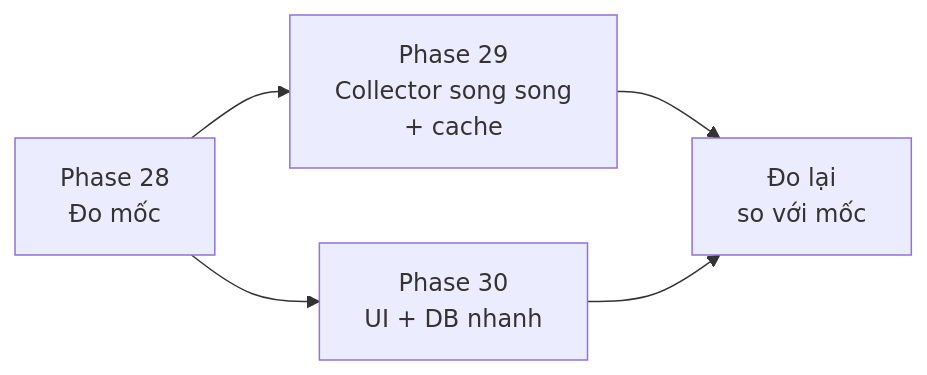
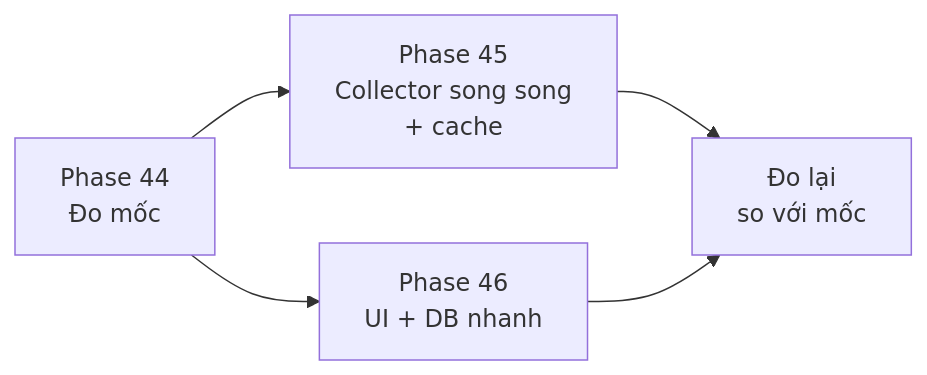
One commit to nvminhtu/niche-radar-docs changed the diagram in docs/web/version-5.md. Above: the diagram before and after it, drawn with Mermaid. The commit also changed other lines of this file and 206 other files, not shown here.

````diff
--- a/docs/web/version-5.md
+++ b/docs/web/version-5.md
@@ -21,6 +21,6 @@
 ```mermaid
 flowchart LR
-  B[Phase 28<br/>Đo mốc] --> C[Phase 29<br/>Collector song song<br/>+ cache]
-  B --> U[Phase 30<br/>UI + DB nhanh]
+  B[Phase 44<br/>Đo mốc] --> C[Phase 45<br/>Collector song song<br/>+ cache]
+  B --> U[Phase 46<br/>UI + DB nhanh]
   C & U --> R[Đo lại<br/>so với mốc]
 ```
````
